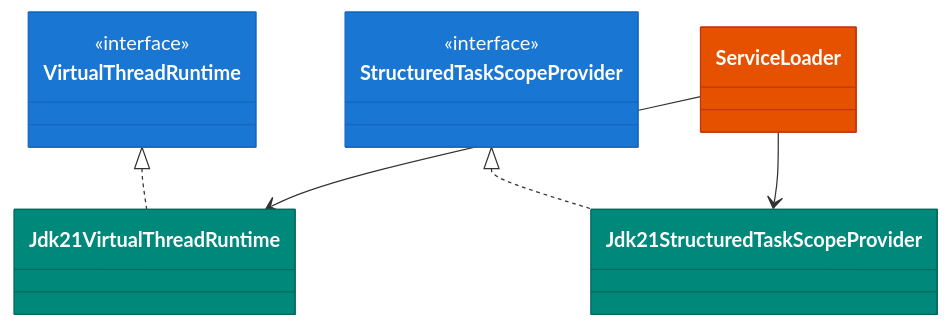
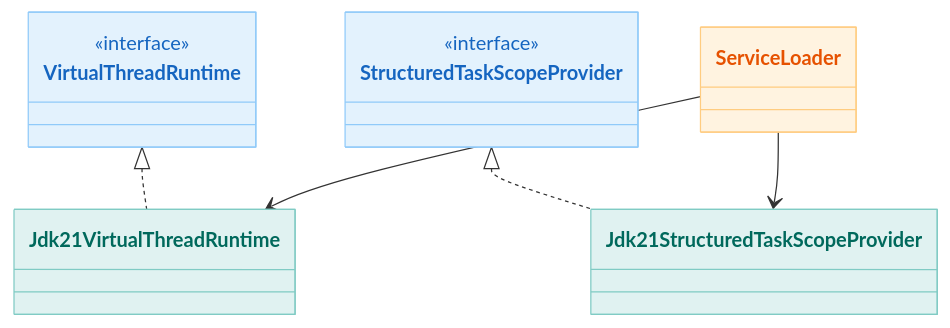
One commit to bluetape4k/bluetape4k-projects changed the diagram in virtualthread/jdk21/README.ko.md. Above: the diagram before and after it, drawn with Mermaid. The commit also changed 219 other files, not shown here.

First line of the commit message:
docs: 전체 README Mermaid 다이어그램 가이드 적용

````diff
--- a/virtualthread/jdk21/README.ko.md
+++ b/virtualthread/jdk21/README.ko.md
@@ -14,23 +14,23 @@
 ```mermaid
 classDiagram
     class VirtualThreadRuntime {
         <<interface>>
     }
     class StructuredTaskScopeProvider {
         <<interface>>
     }
     class Jdk21VirtualThreadRuntime
     class Jdk21StructuredTaskScopeProvider
     class ServiceLoader
 
     VirtualThreadRuntime <|.. Jdk21VirtualThreadRuntime
     StructuredTaskScopeProvider <|.. Jdk21StructuredTaskScopeProvider
     ServiceLoader --> Jdk21VirtualThreadRuntime
     ServiceLoader --> Jdk21StructuredTaskScopeProvider
 
-    style VirtualThreadRuntime fill:#1976D2,stroke:#1565C0,color:#FFFFFF
-    style StructuredTaskScopeProvider fill:#1976D2,stroke:#1565C0,color:#FFFFFF
-    style Jdk21VirtualThreadRuntime fill:#00897B,stroke:#00695C,color:#FFFFFF
-    style Jdk21StructuredTaskScopeProvider fill:#00897B,stroke:#00695C,color:#FFFFFF
-    style ServiceLoader fill:#E65100,stroke:#BF360C,color:#FFFFFF
+    style VirtualThreadRuntime fill:#E3F2FD,stroke:#90CAF9,color:#1565C0
+    style StructuredTaskScopeProvider fill:#E3F2FD,stroke:#90CAF9,color:#1565C0
+    style Jdk21VirtualThreadRuntime fill:#E0F2F1,stroke:#80CBC4,color:#00695C
+    style Jdk21StructuredTaskScopeProvider fill:#E0F2F1,stroke:#80CBC4,color:#00695C
+    style ServiceLoader fill:#FFF3E0,stroke:#FFCC80,color:#E65100
 ```
````
